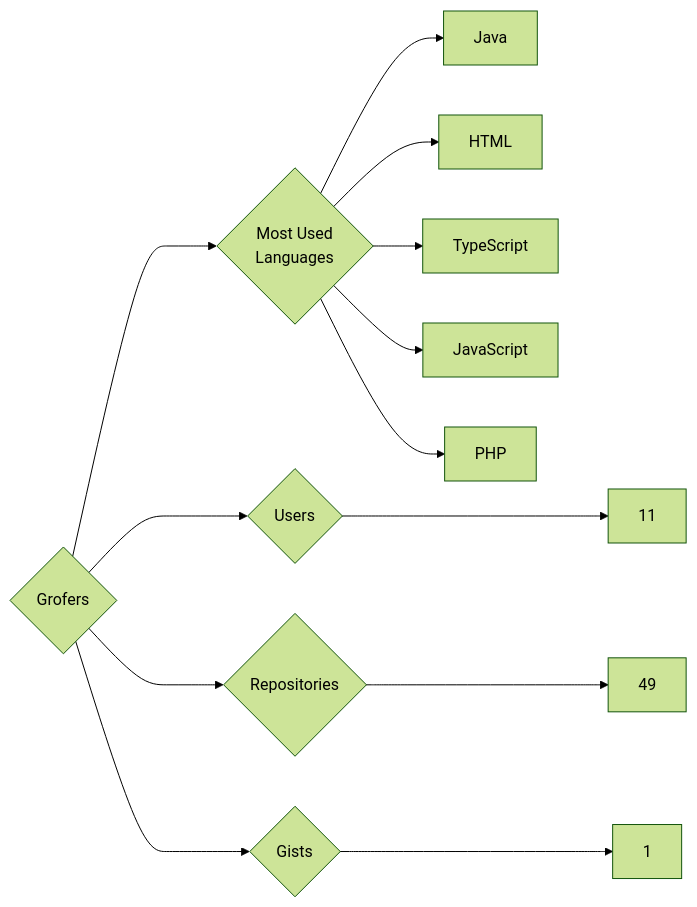
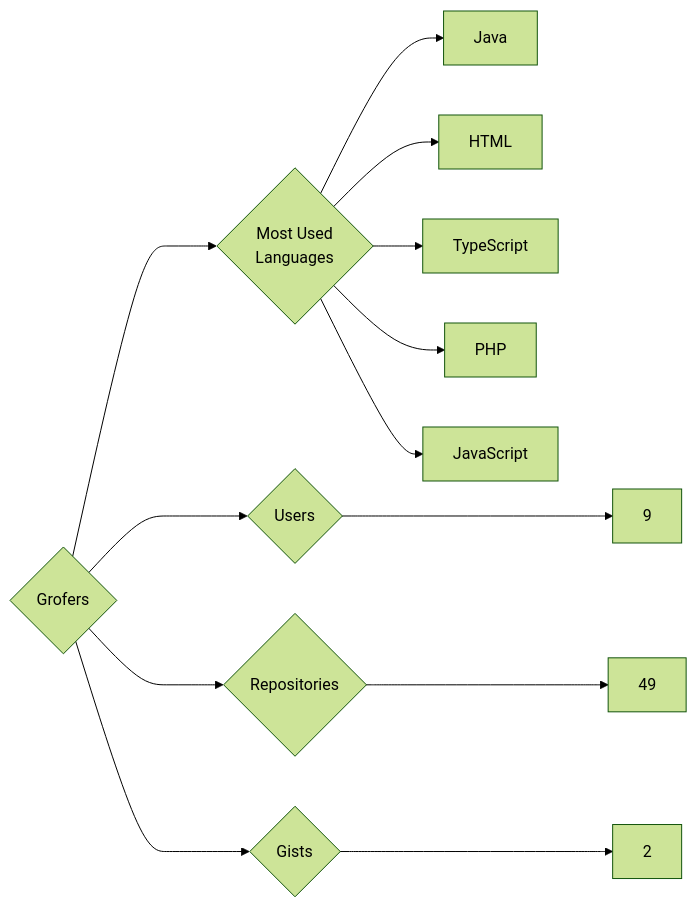
One commit to trickest/insiders changed the diagram in targets/Grofers/README.md. Above: the diagram before and after it, drawn with Mermaid (forest theme). The commit also changed 1167 other files, not shown here.

````diff
--- a/targets/Grofers/README.md
+++ b/targets/Grofers/README.md
@@ -3,13 +3,13 @@
 ```mermaid
 graph LR
 COMPANY_NAME{Grofers}
-COMPANY_NAME ---> U{Users} ---> UN[11]
+COMPANY_NAME ---> U{Users} ---> UN[9]
 COMPANY_NAME ---> R{Repositories} ---> RN[49]
-COMPANY_NAME ---> G{Gists} ---> GN[1]
+COMPANY_NAME ---> G{Gists} ---> GN[2]
 COMPANY_NAME ---> ML{Most Used<br>Languages}
 ML --> Java[Java]
 ML --> HTML[HTML]
 ML --> TypeScript[TypeScript]
+ML --> PHP[PHP]
 ML --> JavaScript[JavaScript]
-ML --> PHP[PHP]
 ```
````
